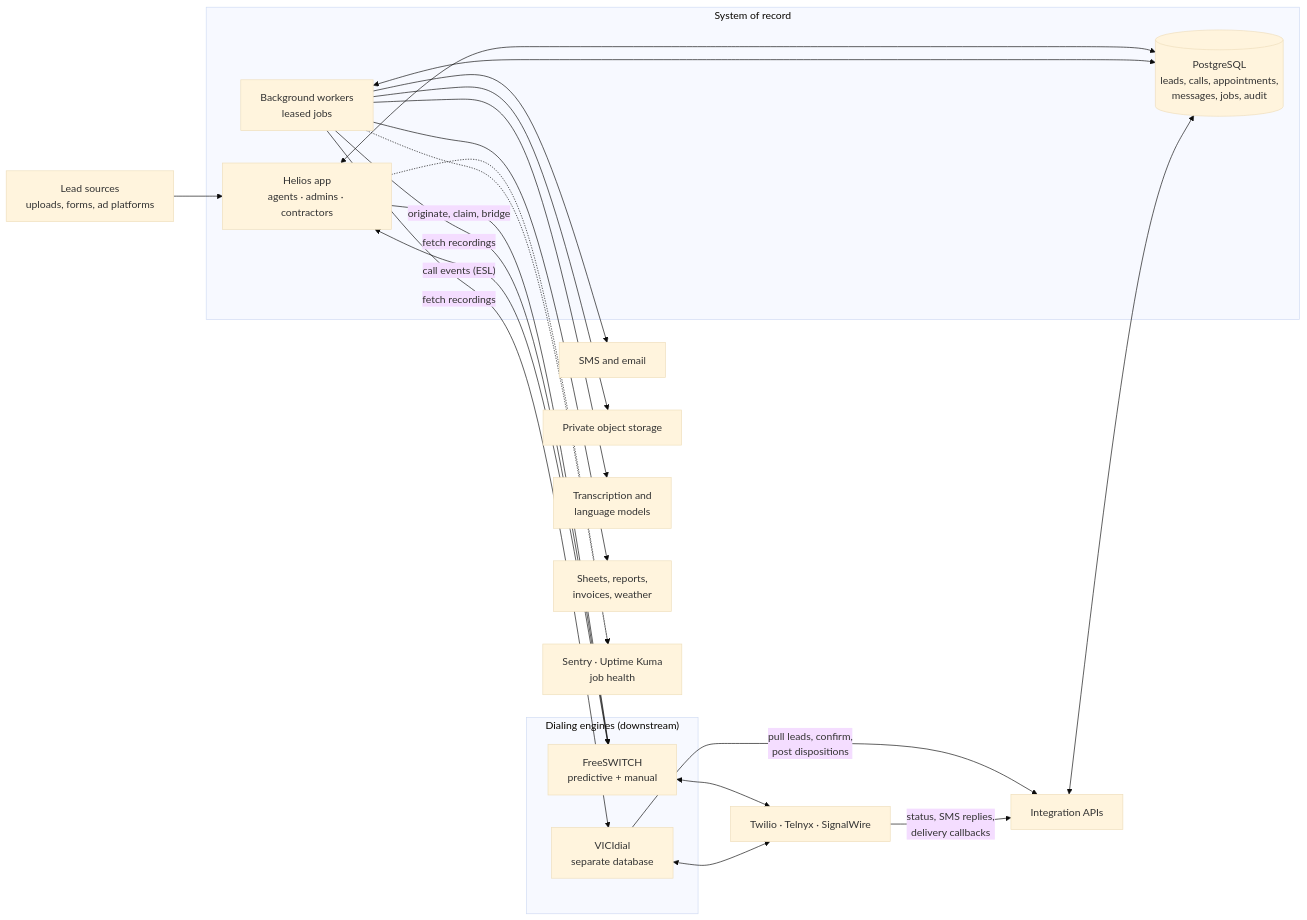
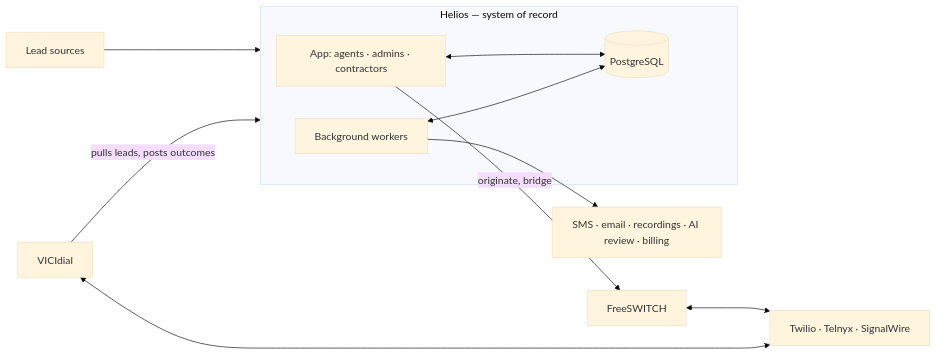
Before and after one commit to daniellopezq/helios-portfolio: the diagram in README.md, drawn with Mermaid (base theme). The commit also changed other lines of this file and 1 other file, not shown here.

````diff
--- a/README.md
+++ b/README.md
@@ -27,35 +20,13 @@
 ```mermaid
 flowchart LR
-    subgraph Owner["System of record"]
-        App["Helios app<br/>agents · admins · contractors"]
-        DB[("PostgreSQL<br/>leads, calls, appointments,<br/>messages, jobs, audit")]
-        Workers["Background workers<br/>leased jobs"]
-        App <--> DB
-        Workers <--> DB
+    Sources["Lead sources"] --> Helios
+    subgraph Helios["Helios — system of record"]
+        App["App: agents · admins · contractors"] <--> DB[("PostgreSQL")]
+        Workers["Background workers"] <--> DB
     end
-
-    Sources["Lead sources<br/>uploads, forms, ad platforms"] --> App
-
-    subgraph Dialing["Dialing engines (downstream)"]
-        FS["FreeSWITCH<br/>predictive + manual"]
-        Vici["VICIdial<br/>separate database"]
-    end
-
-    App -->|"originate, claim, bridge"| FS
-    FS -->|"call events (ESL)"| App
-    Vici -->|"pull leads, confirm,<br/>post dispositions"| API["Integration APIs"]
-    API <--> DB
-
+    App -->|"originate, bridge"| FS["FreeSWITCH"]
+    Vici["VICIdial"] -->|"pulls leads, posts outcomes"| Helios
     FS <--> Carriers["Twilio · Telnyx · SignalWire"]
     Vici <--> Carriers
-    Carriers -->|"status, SMS replies,<br/>delivery callbacks"| API
-
-    Workers --> Msg["SMS and email"]
-    Workers -->|"fetch recordings"| FS
-    Workers -->|"fetch recordings"| Vici
-    Workers --> Media["Private object storage"]
-    Workers --> AI["Transcription and<br/>language models"]
-    Workers --> Out["Sheets, reports,<br/>invoices, weather"]
-    App -.-> Obs["Sentry · Uptime Kuma<br/>job health"]
-    Workers -.-> Obs
+    Workers --> Out["SMS · email · recordings · AI review · billing"]
 ```
````
